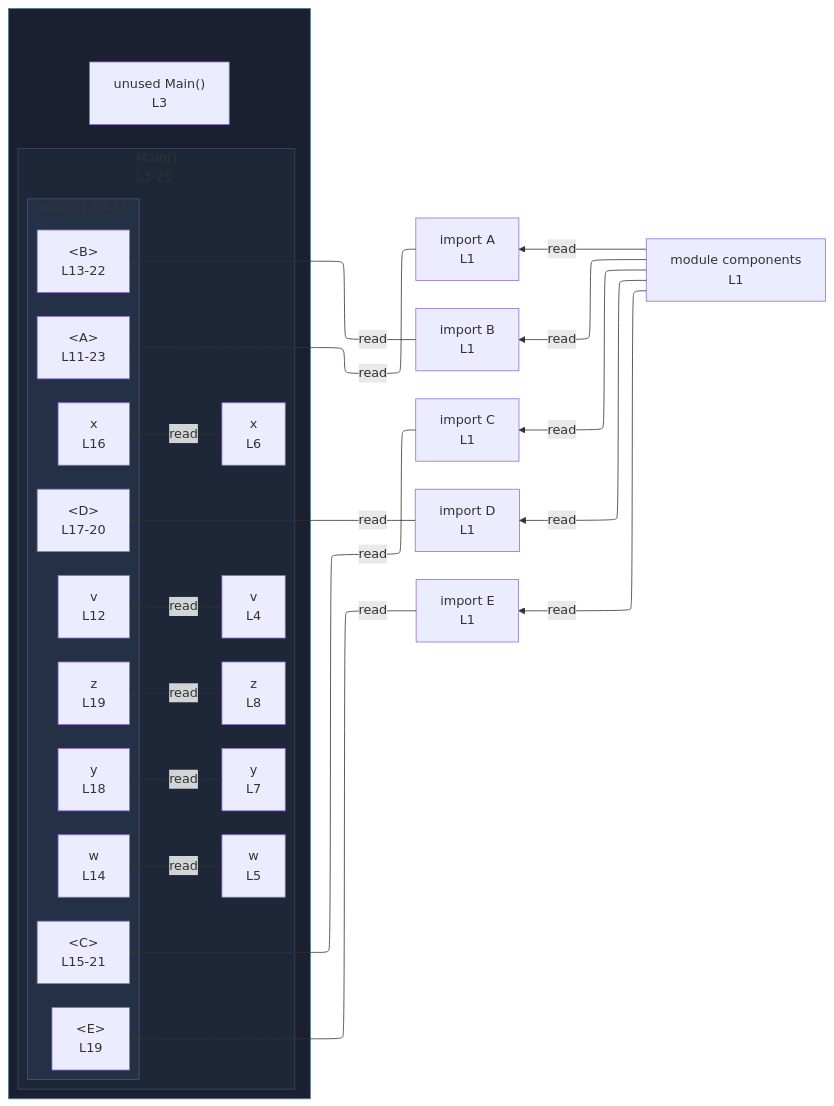
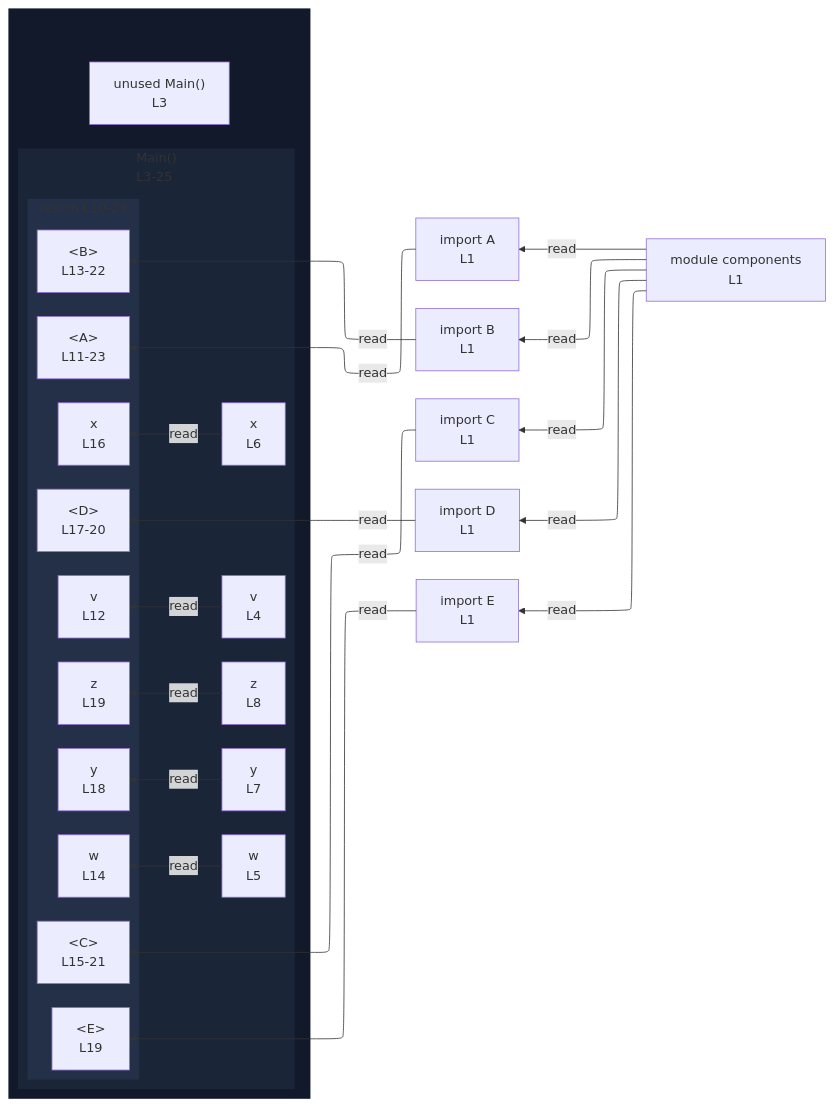
Before and after one commit to crescware/unsnarl: the diagram in integration/fixtures/jsx/nested-five/preview.md, drawn with Mermaid. The commit also changed 263 other files, not shown here.

First line of the commit message:
Drop fnWrap class and color function wrappers via the nest palette

````diff
--- a/integration/fixtures/jsx/nested-five/preview.md
+++ b/integration/fixtures/jsx/nested-five/preview.md
@@ -35,56 +35,56 @@
 ```mermaid
 %%{init: {"flowchart": {"defaultRenderer": "elk"}}}%%
 flowchart RL
   n_scope_0_A_9["import A<br/>L1"]
   n_scope_0_B_12["import B<br/>L1"]
   n_scope_0_C_15["import C<br/>L1"]
   n_scope_0_D_18["import D<br/>L1"]
   n_scope_0_E_21["import E<br/>L1"]
   subgraph wrap_s_scope_1[" "]
     direction TB
     n_scope_0_Main_54["unused Main()<br/>L3"]
     subgraph s_scope_1["Main()<br/>L3-25"]
       direction RL
       n_scope_1_v_71["v<br/>L4"]
       n_scope_1_w_88["w<br/>L5"]
       n_scope_1_x_105["x<br/>L6"]
       n_scope_1_y_122["y<br/>L7"]
       n_scope_1_z_139["z<br/>L8"]
       subgraph s_return_scope_0_Main_54_151_331["return L10-24"]
         direction RL
         ret_use_ref_5["&lt;A&gt;<br/>L11-23"]
         ret_use_ref_6["v<br/>L12"]
         ret_use_ref_7["&lt;B&gt;<br/>L13-22"]
         ret_use_ref_8["w<br/>L14"]
         ret_use_ref_9["&lt;C&gt;<br/>L15-21"]
         ret_use_ref_10["x<br/>L16"]
         ret_use_ref_11["&lt;D&gt;<br/>L17-20"]
         ret_use_ref_12["y<br/>L18"]
         ret_use_ref_13["&lt;E&gt;<br/>L19"]
         ret_use_ref_14["z<br/>L19"]
       end
     end
   end
   n_scope_0_A_9 -->|read| ret_use_ref_5
   n_scope_1_v_71 -->|read| ret_use_ref_6
   n_scope_0_B_12 -->|read| ret_use_ref_7
   n_scope_1_w_88 -->|read| ret_use_ref_8
   n_scope_0_C_15 -->|read| ret_use_ref_9
   n_scope_1_x_105 -->|read| ret_use_ref_10
   n_scope_0_D_18 -->|read| ret_use_ref_11
   n_scope_1_y_122 -->|read| ret_use_ref_12
   n_scope_0_E_21 -->|read| ret_use_ref_13
   n_scope_1_z_139 -->|read| ret_use_ref_14
   mod_components["module components<br/>L1"]
   mod_components -->|read| n_scope_0_A_9
   mod_components -->|read| n_scope_0_B_12
   mod_components -->|read| n_scope_0_C_15
   mod_components -->|read| n_scope_0_D_18
   mod_components -->|read| n_scope_0_E_21
-  classDef fnWrap fill:#1a2030,stroke:#5a7d99;
-  class wrap_s_scope_1 fnWrap;
-  classDef nestL1 fill:#1e2738,stroke:#3d4a63;
-  class s_scope_1 nestL1;
-  classDef nestL2 fill:#233045,stroke:#475670;
-  class s_return_scope_0_Main_54_151_331 nestL2;
+  classDef nestL1 fill:#11192a,stroke:transparent;
+  class wrap_s_scope_1 nestL1;
+  classDef nestL2 fill:#1a2538,stroke:transparent;
+  class s_scope_1 nestL2;
+  classDef nestL3 fill:#243047,stroke:transparent;
+  class s_return_scope_0_Main_54_151_331 nestL3;
 ```
````
